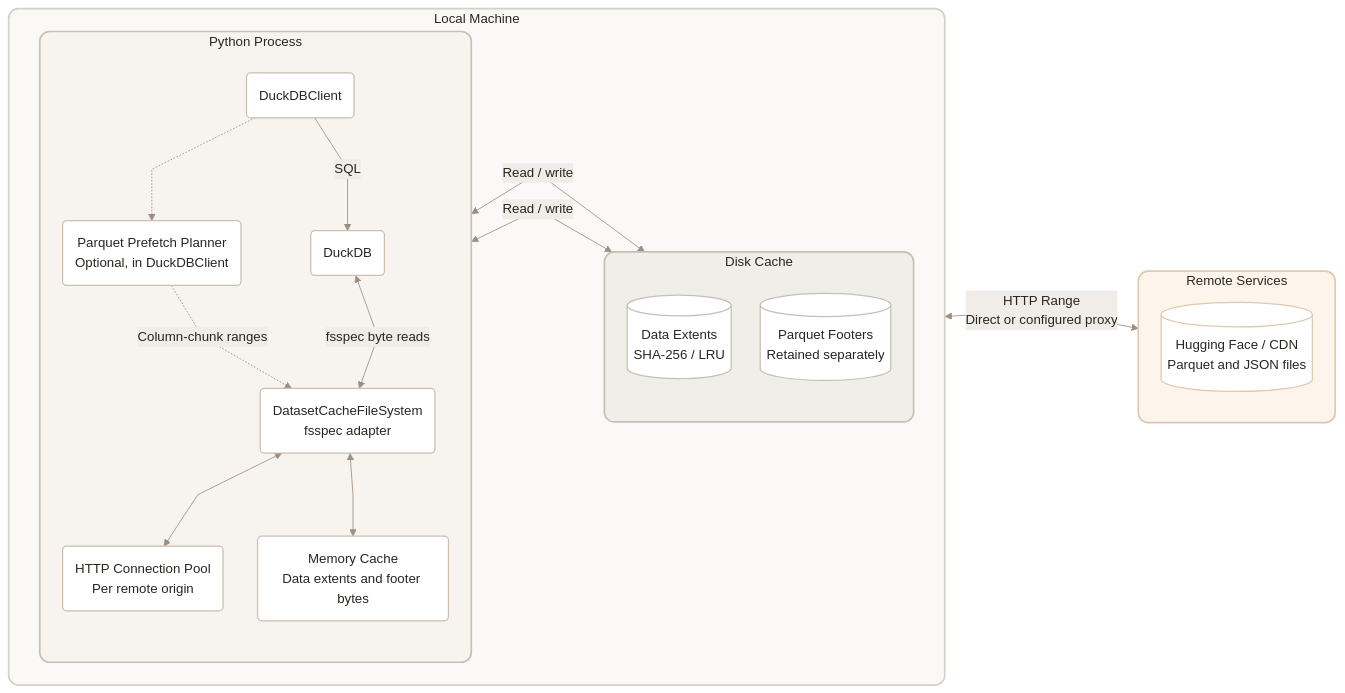
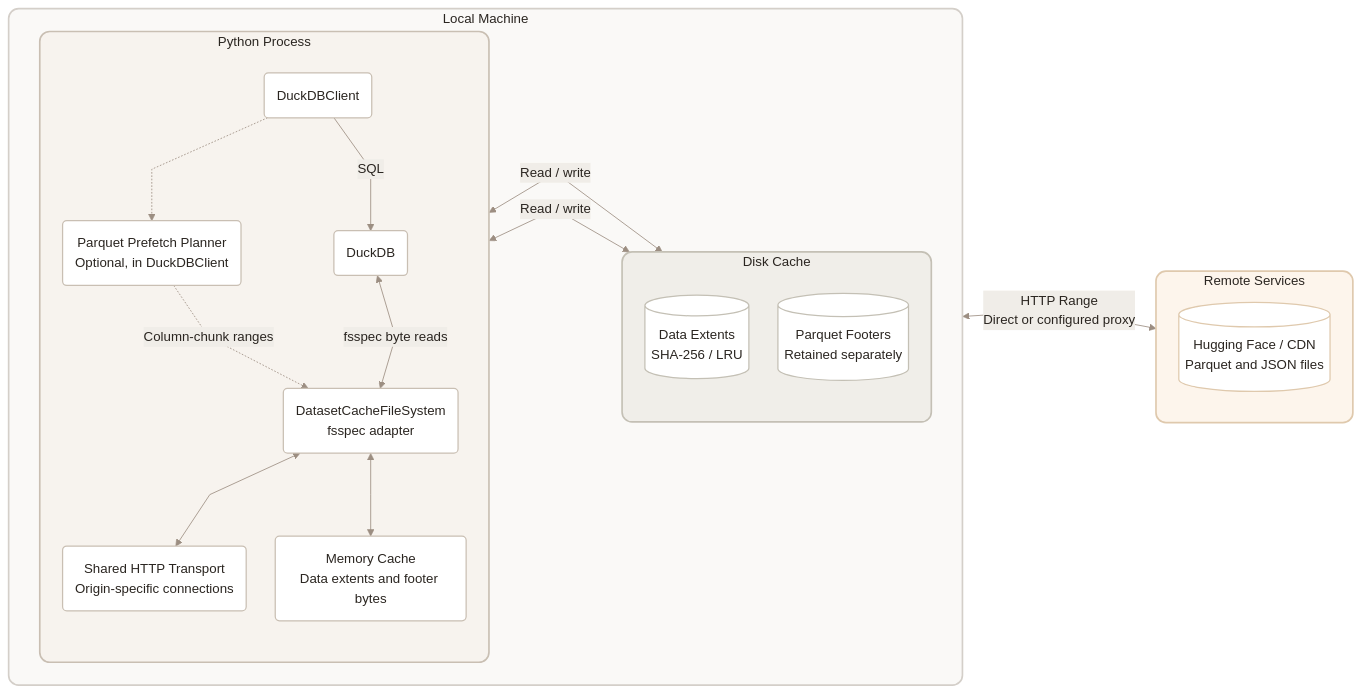
One commit to defeat-beta/defeatbeta-api changed the diagram in doc/api/Local_File_Cache.md. Above: the diagram before and after it, drawn with Mermaid. The commit also changed other lines of this file and 71 other files, not shown here.

Commit message:
Refactor shared HTTP pooling and dataset cache lifecycle

````diff
--- a/doc/api/Local_File_Cache.md
+++ b/doc/api/Local_File_Cache.md
@@ -23,64 +23,64 @@
 ```mermaid
 %%{init: {'theme': 'base', 'themeVariables': {
   'primaryColor': '#FAF9F7',
   'primaryBorderColor': '#D4CFC9',
   'primaryTextColor': '#2A2520',
   'lineColor': '#9C8E82',
   'secondaryColor': '#F0EDE8',
   'tertiaryColor': '#E8E4DE'
 }, 'flowchart': {'curve': 'linear', 'nodeSpacing': 35, 'rankSpacing': 50}}}%%
 flowchart LR
     subgraph LOCAL["Local Machine"]
         direction LR
         subgraph PROCESS["Python Process"]
             direction TB
             CLIENT("DuckDBClient")
             ENGINE("DuckDB")
             PREFETCH("Parquet Prefetch Planner<br/>Optional, in DuckDBClient")
             CACHE("DatasetCacheFileSystem<br/>fsspec adapter")
-            HTTP("HTTP Connection Pool<br/>Per remote origin")
+            HTTP("Shared HTTP Transport<br/>Origin-specific connections")
             MEMORY("Memory Cache<br/>Data extents and footer bytes")
 
             CLIENT -->|"SQL"| ENGINE
             CLIENT -.-> PREFETCH
             ENGINE <-->|"fsspec byte reads"| CACHE
             PREFETCH -.->|"Column-chunk ranges"| CACHE
             CACHE <--> HTTP
             CACHE <--> MEMORY
         end
 
         subgraph DISK["Disk Cache"]
             direction TB
             DATA[("Data Extents<br/>SHA-256 / LRU")]
             FOOTER[("Parquet Footers<br/>Retained separately")]
         end
     end
 
     subgraph REMOTE["Remote Services"]
         direction TB
         HF[("Hugging Face / CDN<br/>Parquet and JSON files")]
     end
 
     CACHE <-->|"Read / write"| DATA
     CACHE <-->|"Read / write"| FOOTER
     HTTP <-->|"HTTP Range<br/>Direct or configured proxy"| HF
 
     %% Layout-only links keep the pool above memory and route HTTP above disk.
     ENGINE ~~~ HTTP
     HTTP ~~~ DATA
     HTTP ~~~ FOOTER
     DATA ~~~ HF
     FOOTER ~~~ HF
 
     style LOCAL fill:#FAF9F7,stroke:#D4CFC9,stroke-width:2px,color:#2A2520,rx:12,ry:12
     style PROCESS fill:#F7F3EE,stroke:#C9BFB3,stroke-width:2px,color:#2A2520,rx:12,ry:12
     style DISK fill:#F0EEE9,stroke:#C4C0B5,stroke-width:2px,color:#2A2520,rx:12,ry:12
     style REMOTE fill:#FDF5EC,stroke:#DFC9AD,stroke-width:2px,color:#2A2520,rx:12,ry:12
 
     classDef component fill:#fff,stroke:#C9BFB3,stroke-width:1.5px,color:#2A2520
     classDef storage fill:#fff,stroke:#C4C0B5,stroke-width:1.5px,color:#2A2520
     classDef remote fill:#fff,stroke:#DFC9AD,stroke-width:1.5px,color:#2A2520
     class CLIENT,ENGINE,PREFETCH,CACHE,MEMORY,HTTP component
     class DATA,FOOTER storage
     class HF remote
 ```
````
